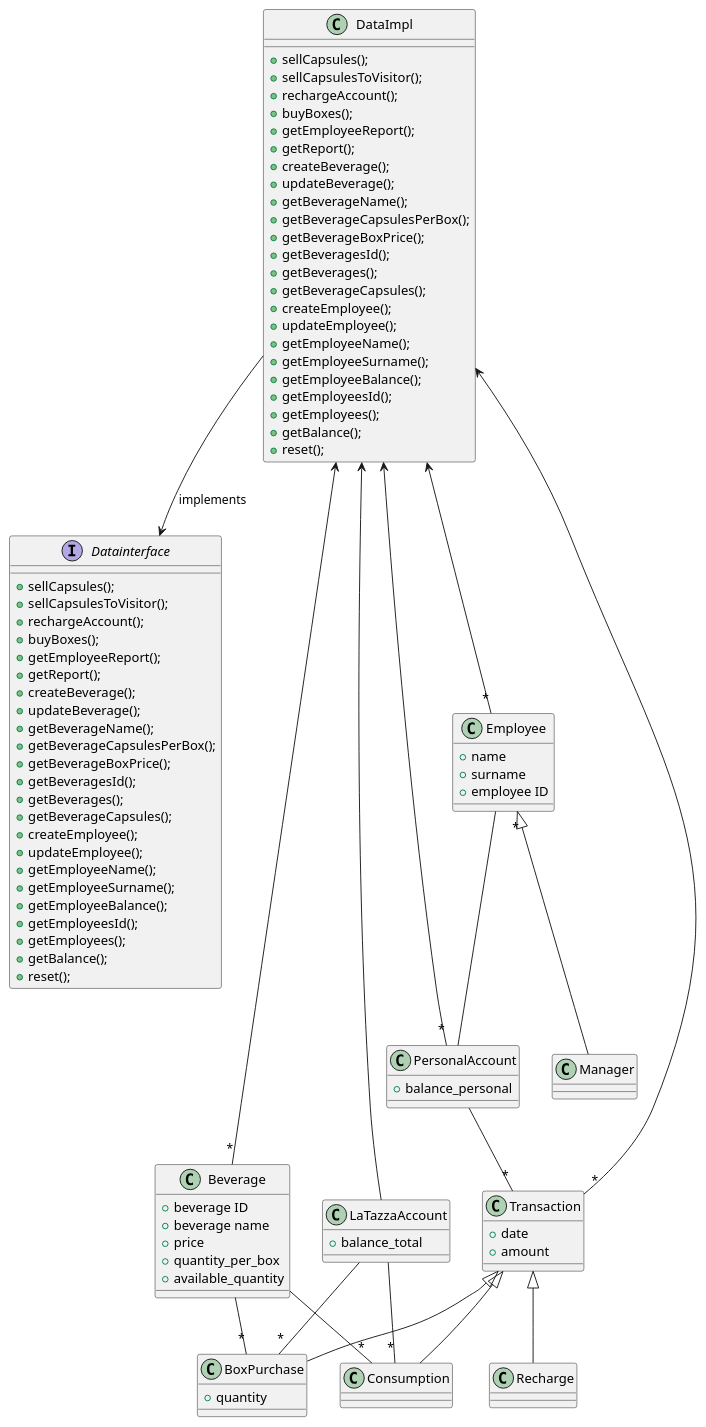
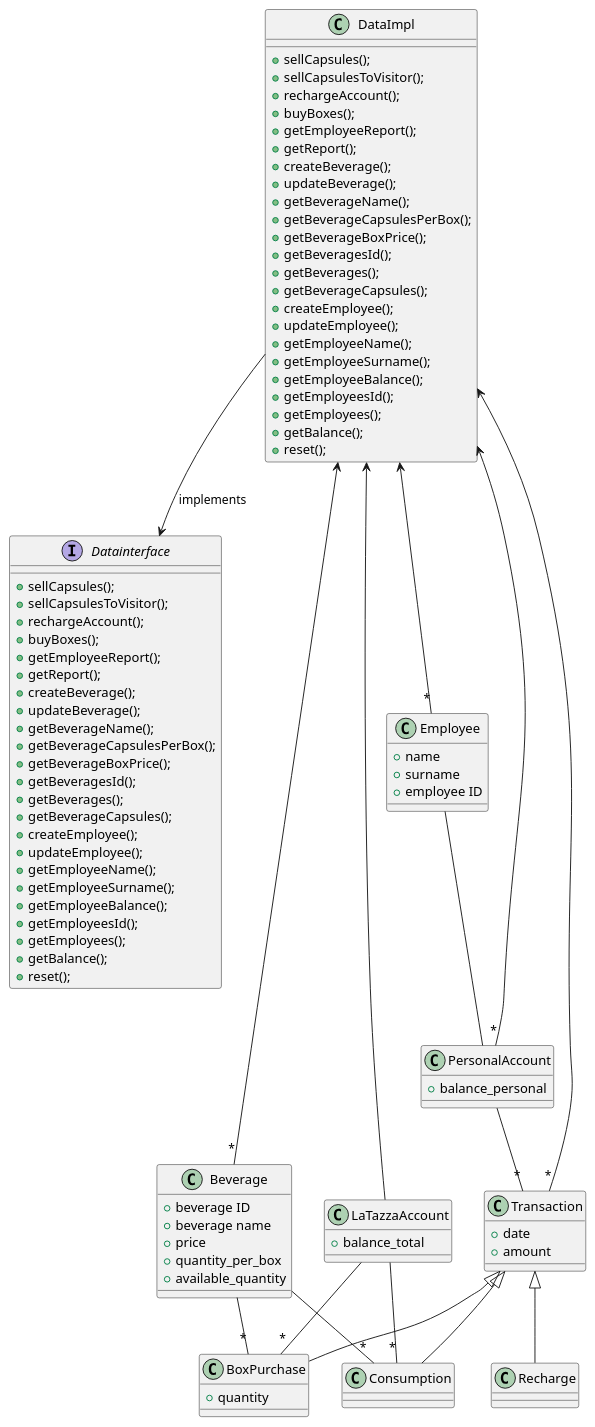
One commit to salvatore-dimartino/LaTazza changed the third of 7 diagrams in templates/DesignDocumentTemplate.md. Above: the diagram before and after it, drawn with PlantUML.

```diff
--- a/templates/DesignDocumentTemplate.md
+++ b/templates/DesignDocumentTemplate.md
@@ -163,7 +163,6 @@
 + amount
 }
 
-Employee "*" <|--  Manager
 DataImpl <-- "*" Employee
 DataImpl <-- "*" Beverage
 DataImpl <-- LaTazzaAccount
```
